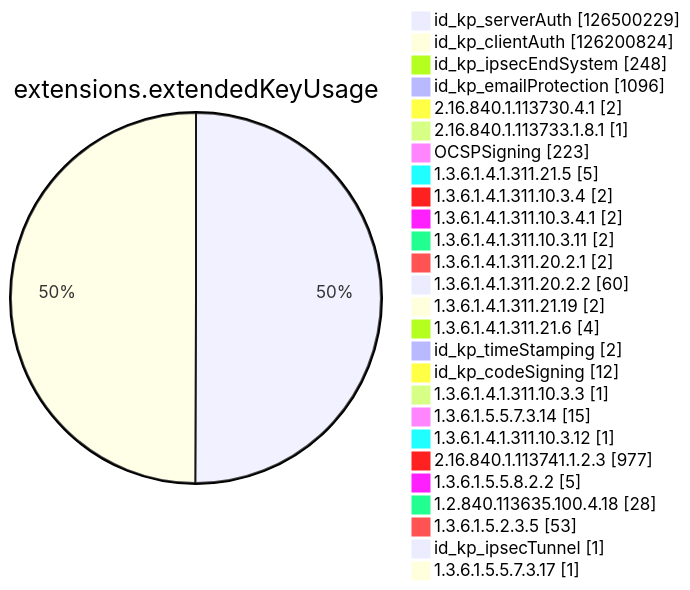
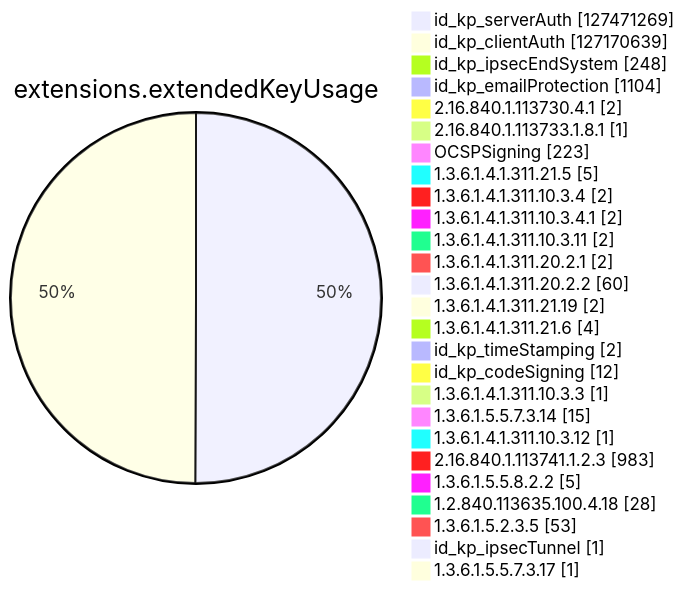
One commit to christiankrug/ctmonitor_visualization changed diagram 11 of 15 in xenon2023/README.md. Above: the diagram before and after it, drawn with Mermaid. The commit also changed other lines of this file, not shown here.

````diff
--- a/xenon2023/README.md
+++ b/xenon2023/README.md
@@ -2709,30 +2711,30 @@
 ```mermaid
 pie showData
 title extensions.extendedKeyUsage
-"id_kp_serverAuth" :126500229
-"id_kp_clientAuth" :126200824
+"id_kp_serverAuth" :127471269
+"id_kp_clientAuth" :127170639
 "id_kp_ipsecEndSystem" :248
-"id_kp_emailProtection" :1096
+"id_kp_emailProtection" :1104
 "2.16.840.1.113730.4.1" :2
 "2.16.840.1.113733.1.8.1" :1
 "OCSPSigning" :223
 "1.3.6.1.4.1.311.21.5" :5
 "1.3.6.1.4.1.311.10.3.4" :2
 "1.3.6.1.4.1.311.10.3.4.1" :2
 "1.3.6.1.4.1.311.10.3.11" :2
 "1.3.6.1.4.1.311.20.2.1" :2
 "1.3.6.1.4.1.311.20.2.2" :60
 "1.3.6.1.4.1.311.21.19" :2
 "1.3.6.1.4.1.311.21.6" :4
 "id_kp_timeStamping" :2
 "id_kp_codeSigning" :12
 "1.3.6.1.4.1.311.10.3.3" :1
 "1.3.6.1.5.5.7.3.14" :15
 "1.3.6.1.4.1.311.10.3.12" :1
-"2.16.840.1.113741.1.2.3" :977
+"2.16.840.1.113741.1.2.3" :983
 "1.3.6.1.5.5.8.2.2" :5
 "1.2.840.113635.100.4.18" :28
 "1.3.6.1.5.2.3.5" :53
 "id_kp_ipsecTunnel" :1
 "1.3.6.1.5.5.7.3.17" :1
 ```
````
